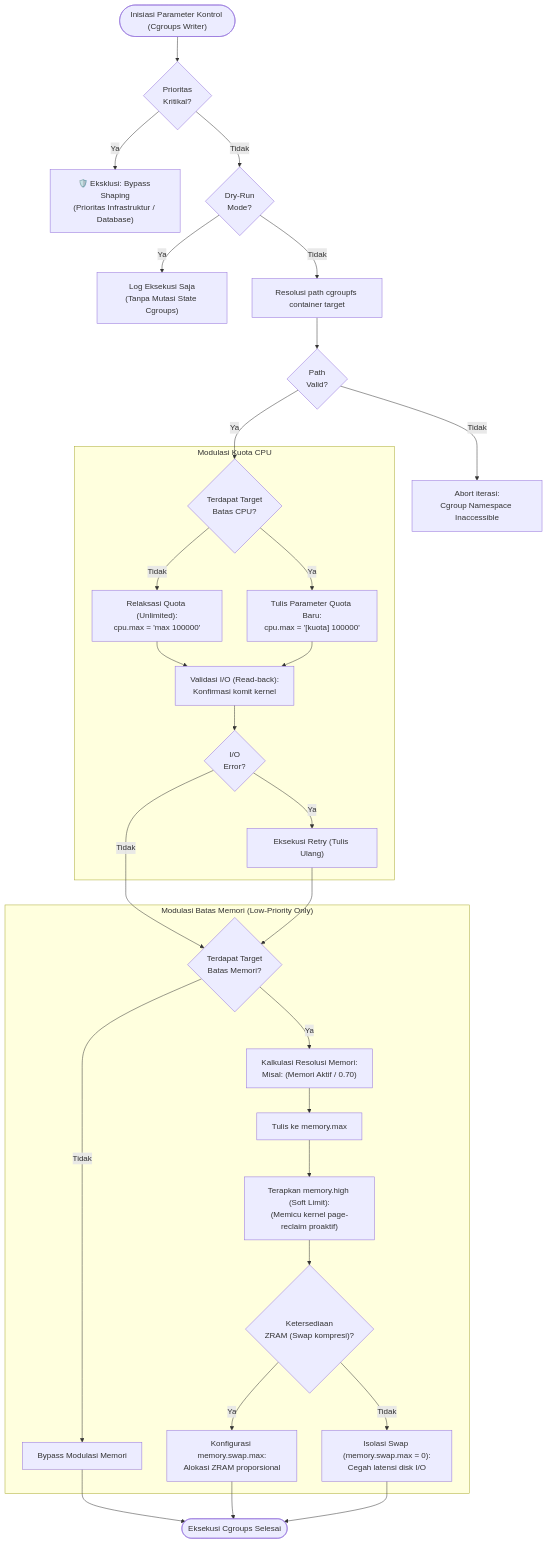
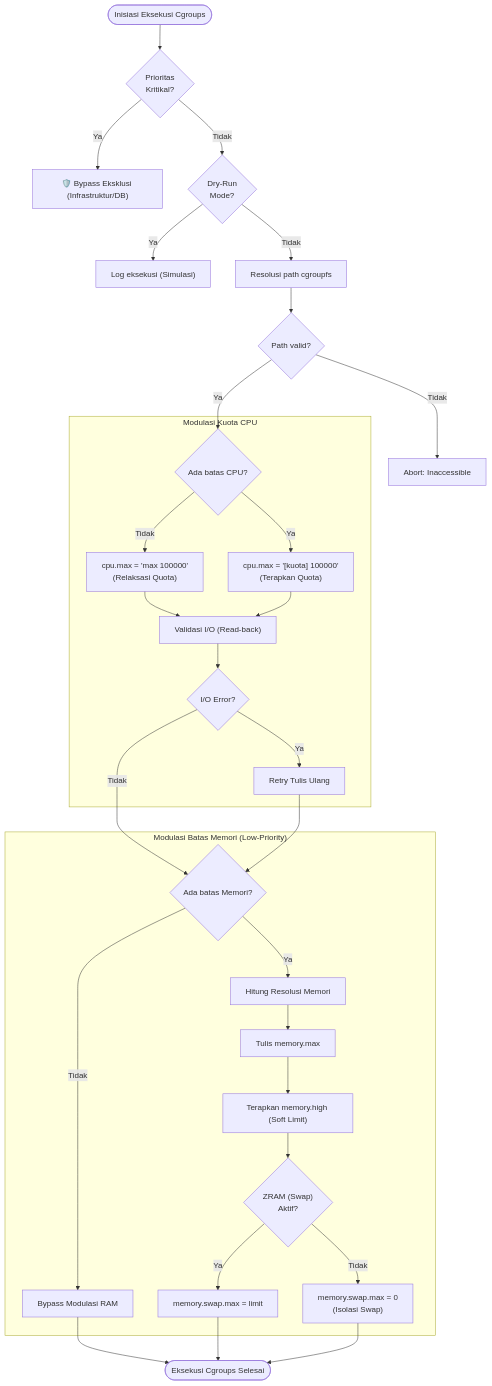
Before and after one commit to fauzanreza/green-container-framework: the second of 2 diagrams in architecture-diagrams/layer-4-shaper/01_shaper.md, drawn with Mermaid. The commit also changed other lines of this file and 13 other files, not shown here.

Commit message:
edit fitur, menambahkan Architecture Diagram

````diff
--- a/architecture-diagrams/layer-4-shaper/01_shaper.md
+++ b/architecture-diagrams/layer-4-shaper/01_shaper.md
@@ -85,66 +85,66 @@
 ```mermaid
 flowchart TD
-    START(["Inisiasi Parameter Kontrol (Cgroups Writer)"])
+    START(["Inisiasi Eksekusi Cgroups"])
 
     PENTING{"Prioritas<br/>Kritikal?"}
-    LINDUNGI["🛡️ Eksklusi: Bypass Shaping<br/>(Prioritas Infrastruktur / Database)"]
+    LINDUNGI["🛡️ Bypass Eksklusi (Infrastruktur/DB)"]
 
     SIMULASI{"Dry-Run<br/>Mode?"}
-    CATAT["Log Eksekusi Saja<br/>(Tanpa Mutasi State Cgroups)"]
+    CATAT["Log eksekusi (Simulasi)"]
 
-    CARI["Resolusi path cgroupfs container target"]
-    KETEMU{"Path<br/>Valid?"}
-    LEWATI["Abort iterasi:<br/>Cgroup Namespace Inaccessible"]
+    CARI["Resolusi path cgroupfs"]
+    KETEMU{"Path valid?"}
+    LEWATI["Abort: Inaccessible"]
 
     subgraph CPU["Modulasi Kuota CPU"]
-    CEK_CPU{"Terdapat Target<br/>Batas CPU?"}
-    BEBASKAN["Relaksasi Quota (Unlimited):<br/>cpu.max = 'max 100000'"]
-    BATASI["Tulis Parameter Quota Baru:<br/>cpu.max = '[kuota] 100000'"]
-    VERIFIKASI["Validasi I/O (Read-back):<br/>Konfirmasi komit kernel"]
-    GAGAL{"I/O<br/>Error?"}
-    COBA_LAGI["Eksekusi Retry (Tulis Ulang)"]
+    CEK_CPU{"Ada batas CPU?"}
+    BEBASKAN["cpu.max = 'max 100000'<br/>(Relaksasi Quota)"]
+    BATASI["cpu.max = '[kuota] 100000'<br/>(Terapkan Quota)"]
+    VERIFIKASI["Validasi I/O (Read-back)"]
+    GAGAL{"I/O Error?"}
+    COBA_LAGI["Retry Tulis Ulang"]
     end
 
-    subgraph RAM["Modulasi Batas Memori (Low-Priority Only)"]
-    PERLU_RAM{"Terdapat Target<br/>Batas Memori?"}
-    LEWAT_RAM["Bypass Modulasi Memori"]
-    HITUNG_RAM["Kalkulasi Resolusi Memori:<br/>Misal: (Memori Aktif / 0.70)"]
-    TULIS_RAM["Tulis ke memory.max"]
-    REM_PERINGATAN["Terapkan memory.high (Soft Limit):<br/>(Memicu kernel page-reclaim proaktif)"]
-    CEK_SWAP{"Ketersediaan<br/>ZRAM (Swap kompresi)?"}
-    IZINKAN_SWAP["Konfigurasi memory.swap.max:<br/>Alokasi ZRAM proporsional"]
-    LARANG_SWAP["Isolasi Swap (memory.swap.max = 0):<br/>Cegah latensi disk I/O"]
+    subgraph RAM["Modulasi Batas Memori (Low-Priority)"]
+    PERLU_RAM{"Ada batas Memori?"}
+    LEWAT_RAM["Bypass Modulasi RAM"]
+    HITUNG_RAM["Hitung Resolusi Memori"]
+    TULIS_RAM["Tulis memory.max"]
+    REM_PERINGATAN["Terapkan memory.high (Soft Limit)"]
+    CEK_SWAP{"ZRAM (Swap)<br/>Aktif?"}
+    IZINKAN_SWAP["memory.swap.max = limit"]
+    LARANG_SWAP["memory.swap.max = 0<br/>(Isolasi Swap)"]
     end
 
     SELESAI(["Eksekusi Cgroups Selesai"])
 
     START --> PENTING
     PENTING -->|Ya| LINDUNGI
     PENTING -->|Tidak| SIMULASI
     SIMULASI -->|Ya| CATAT
     SIMULASI -->|Tidak| CARI
     CARI --> KETEMU
     KETEMU -->|Tidak| LEWATI
     KETEMU -->|Ya| CEK_CPU
 
     CEK_CPU -->|Tidak| BEBASKAN
     CEK_CPU -->|Ya| BATASI
     BEBASKAN --> VERIFIKASI
     BATASI --> VERIFIKASI
     VERIFIKASI --> GAGAL
     GAGAL -->|Ya| COBA_LAGI
     GAGAL -->|Tidak| PERLU_RAM
     COBA_LAGI --> PERLU_RAM
 
     PERLU_RAM -->|Tidak| LEWAT_RAM
     PERLU_RAM -->|Ya| HITUNG_RAM
     HITUNG_RAM --> TULIS_RAM
     TULIS_RAM --> REM_PERINGATAN
     REM_PERINGATAN --> CEK_SWAP
     CEK_SWAP -->|Ya| IZINKAN_SWAP
     CEK_SWAP -->|Tidak| LARANG_SWAP
 
     LEWAT_RAM --> SELESAI
     IZINKAN_SWAP --> SELESAI
     LARANG_SWAP --> SELESAI
 ```
````
